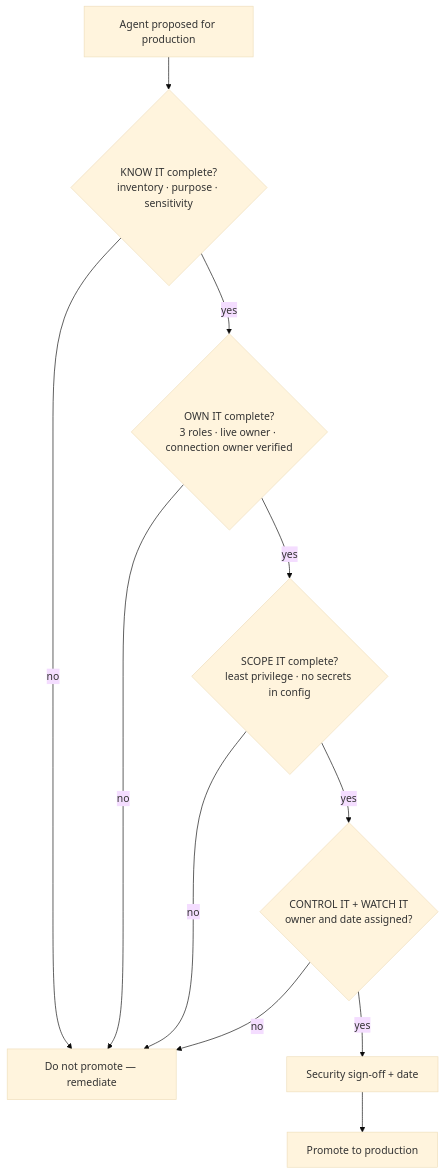
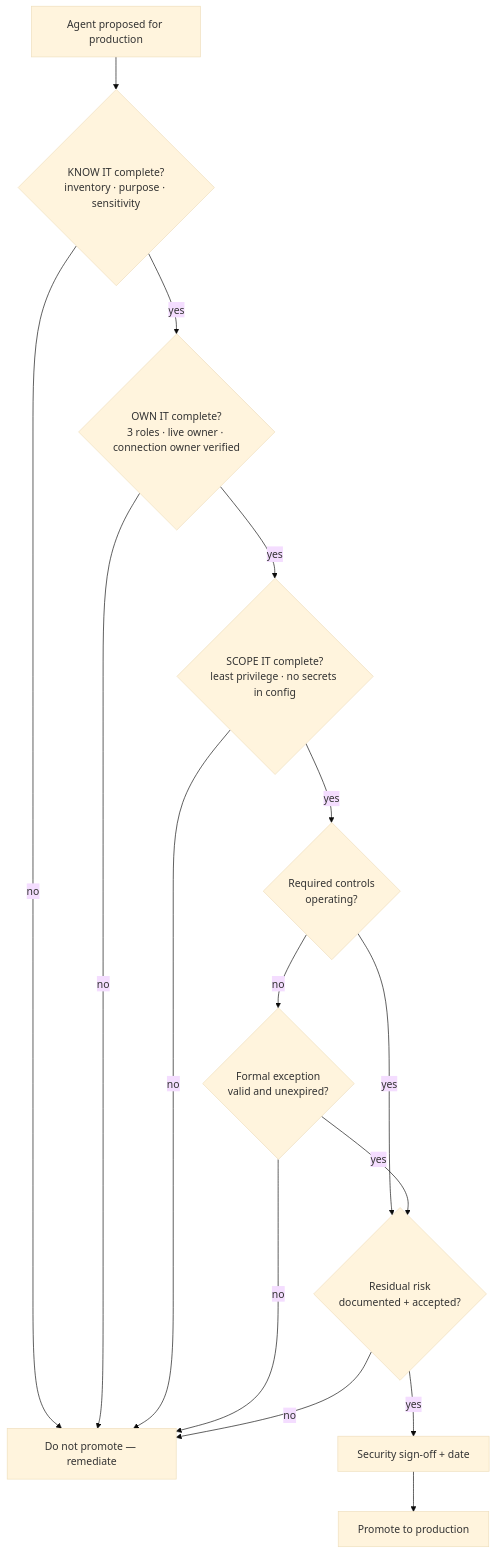
The diagram in docs/06_security_baseline/06_06.md (solliancenet/copilot-studio-shadow-agents-workshop), drawn with Mermaid (base theme) before and after one commit. The commit also changed other lines of this file and 7 other files, not shown here.

````diff
--- a/docs/06_security_baseline/06_06.md
+++ b/docs/06_security_baseline/06_06.md
@@ -34,13 +36,17 @@
 ```mermaid
 flowchart TD
   A["Agent proposed for production"] --> K{"KNOW IT complete?<br/>inventory · purpose · sensitivity"}
   K -->|no| X["Do not promote — remediate"]
   K -->|yes| O{"OWN IT complete?<br/>3 roles · live owner · connection owner verified"}
   O -->|no| X
   O -->|yes| S{"SCOPE IT complete?<br/>least privilege · no secrets in config"}
   S -->|no| X
-  S -->|yes| C{"CONTROL IT + WATCH IT<br/>owner and date assigned?"}
-  C -->|no| X
-  C -->|yes| G["Security sign-off + date"]
+  S -->|yes| C{"Required controls<br/>operating?"}
+  C -->|yes| R{"Residual risk<br/>documented + accepted?"}
+  C -->|no| E{"Formal exception<br/>valid and unexpired?"}
+  E -->|no| X
+  E -->|yes| R
+  R -->|no| X
+  R -->|yes| G["Security sign-off + date"]
   G --> P["Promote to production"]
 ```
````
